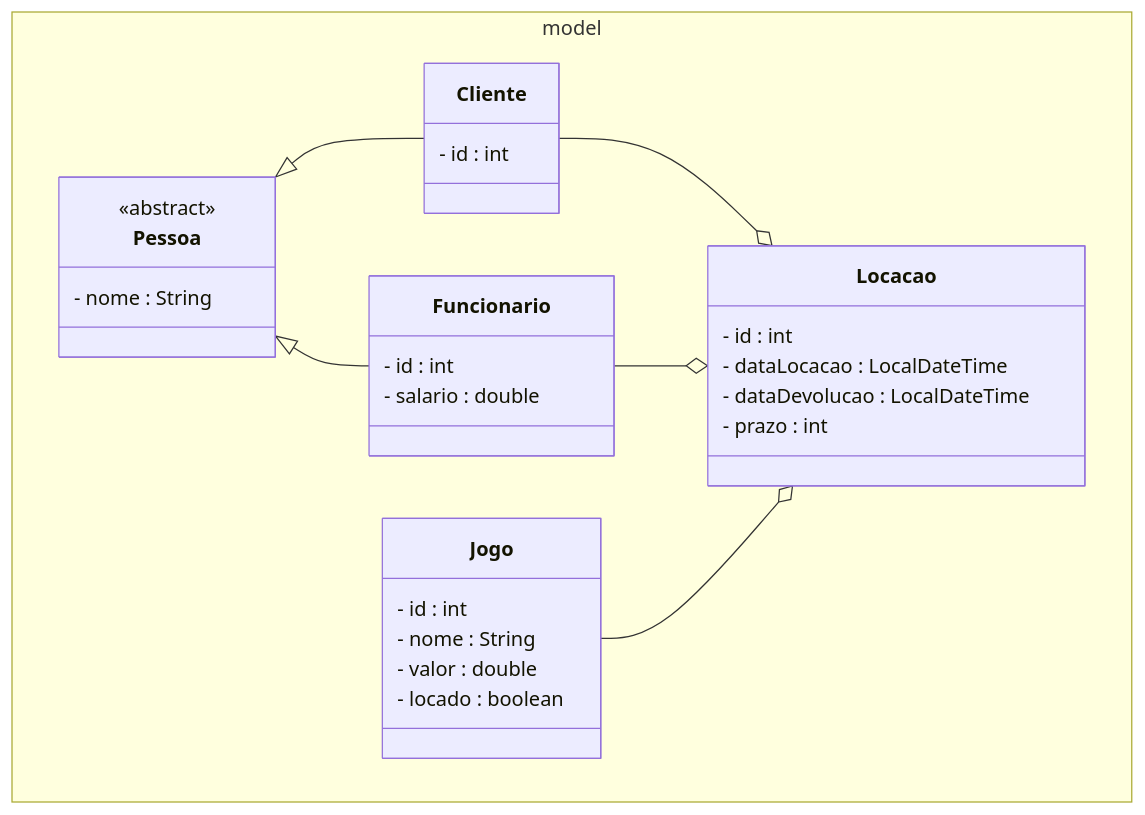
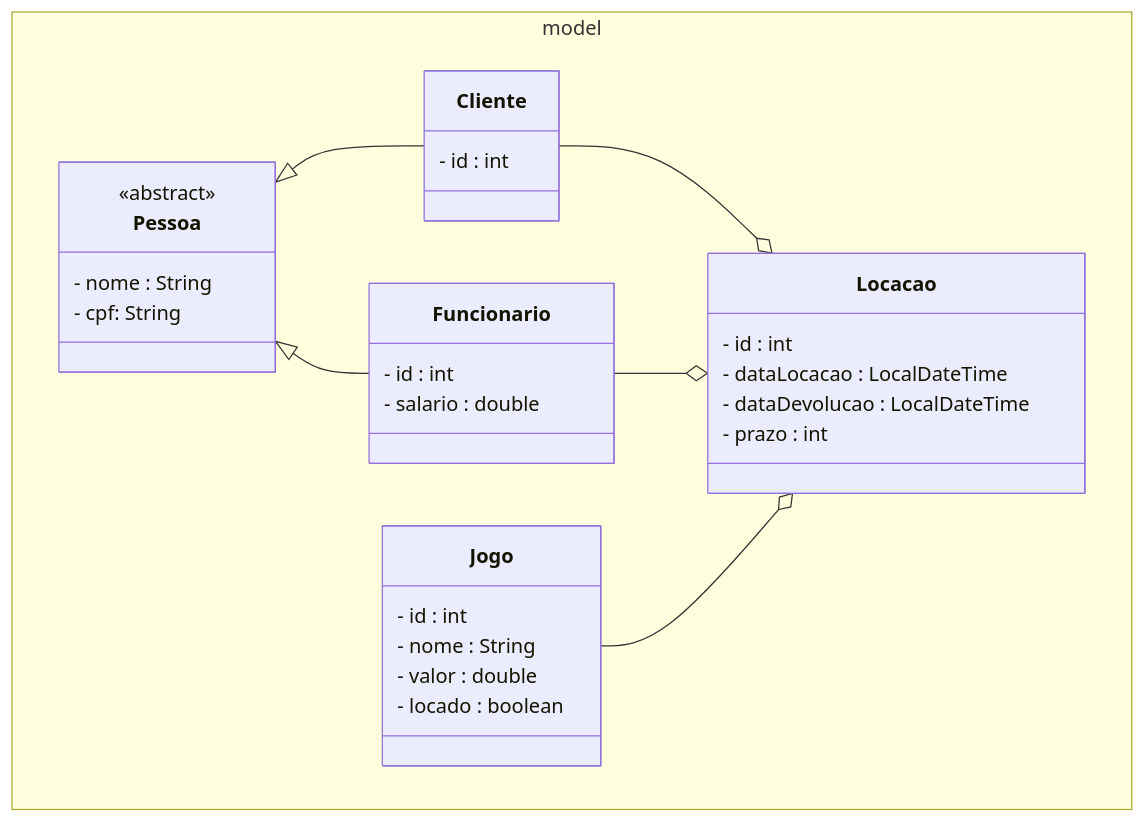
The diagram in README.md (o-jonathan/LPOO-2025-2-Locadora), drawn with Mermaid before and after one commit. The commit also changed other lines of this file and 9 other files, not shown here.

````diff
--- a/README.md
+++ b/README.md
@@ -6,45 +10,46 @@
 ```mermaid
 classDiagram
     namespace model {
         class Pessoa
         class Cliente
         class Funcionario
         class Jogo
         class Locacao
     }
 
     class Pessoa {
         <<abstract>>
         - nome : String
+        - cpf: String
     }
 
     class Cliente {
         - id : int
     }
 
     class Funcionario {
         - id : int
         - salario : double
     }
 
     class Jogo {
         - id : int
         - nome : String
         - valor : double
         - locado : boolean
     }
 
     class Locacao {
         - id : int
         - dataLocacao : LocalDateTime
         - dataDevolucao : LocalDateTime
         - prazo : int
     }
 
     Pessoa <|-- Cliente
     Pessoa <|-- Funcionario
 
     Cliente --o Locacao
     Funcionario --o Locacao
     Jogo --o Locacao
 ```
````
